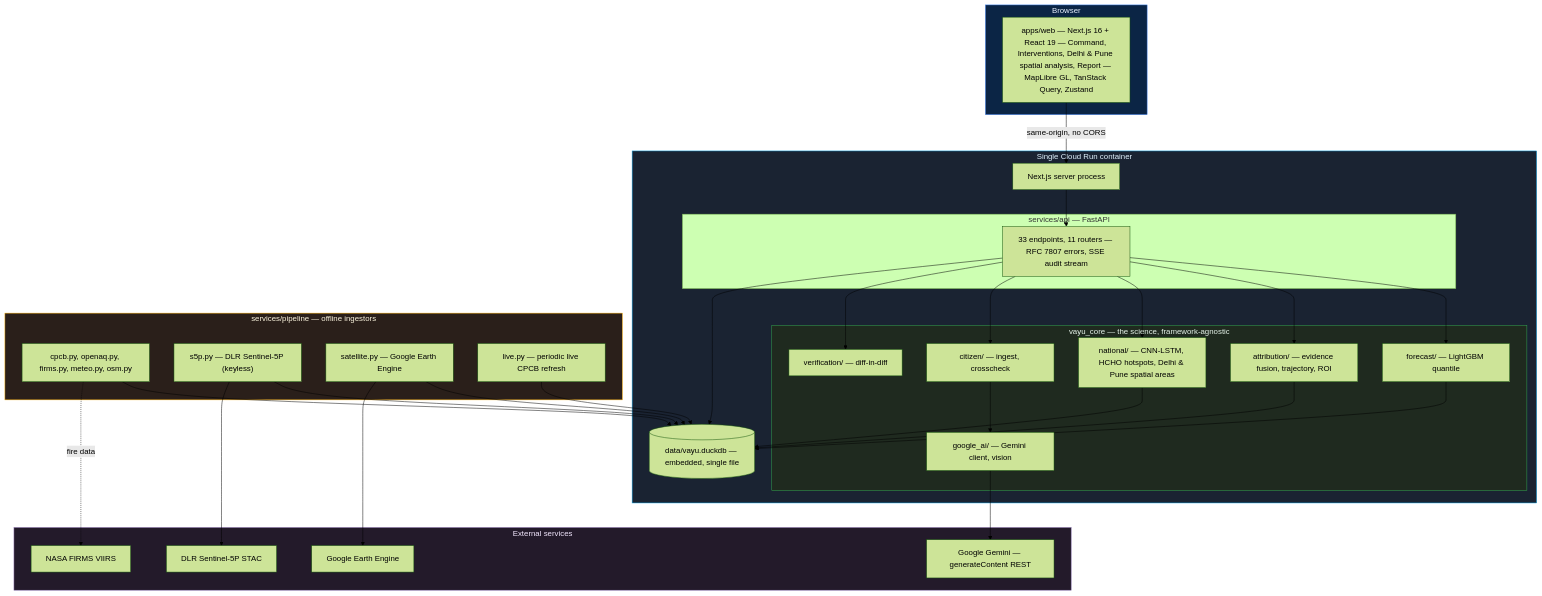
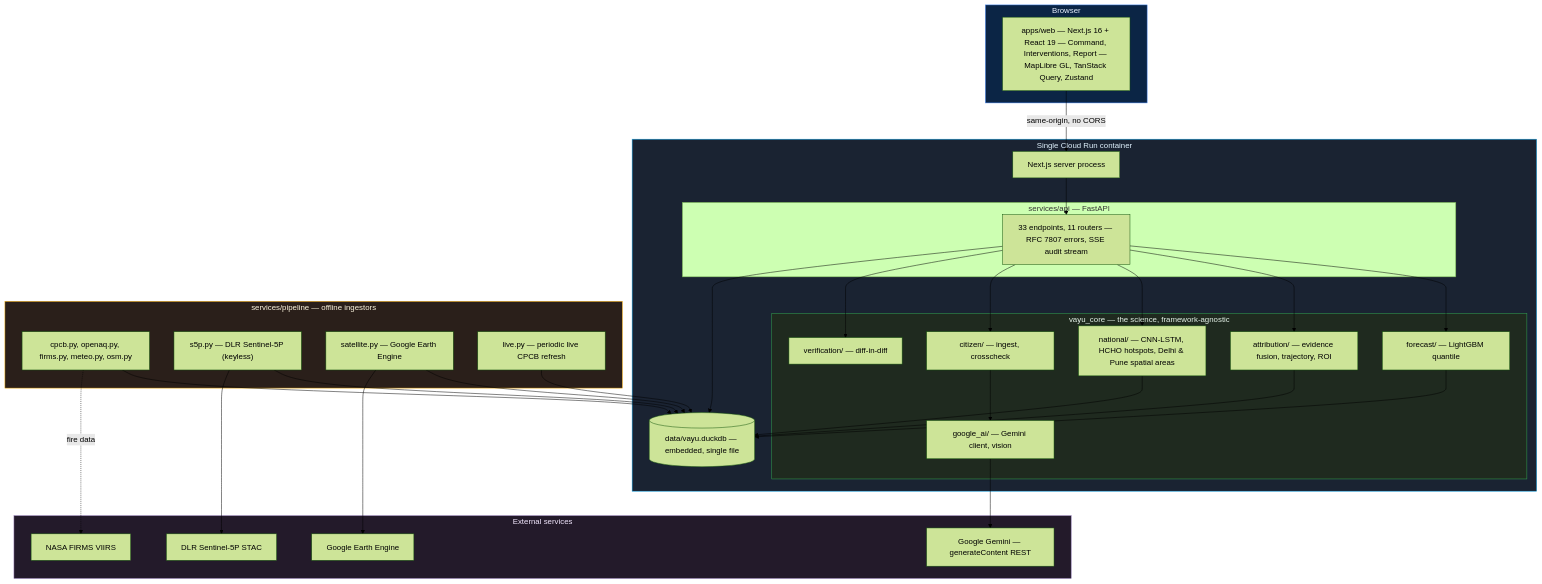
One commit to ashoka0402/final_year_project changed the second of 5 diagrams in README.md. Above: the diagram before and after it, drawn with Mermaid (forest theme). The commit also changed other lines of this file, not shown here.

````diff
--- a/README.md
+++ b/README.md
@@ -197,52 +189,52 @@
 ```mermaid
 flowchart TB
     subgraph client["Browser"]
-        WEB["apps/web — Next.js 16 + React 19 — Command, Interventions, Delhi & Pune spatial analysis, Report — MapLibre GL, TanStack Query, Zustand"]
+        WEB["apps/web — Next.js 16 + React 19 — Command, Interventions, Report — MapLibre GL, TanStack Query, Zustand"]
     end
 
     subgraph container["Single Cloud Run container"]
         NEXTPROC["Next.js server process"]
         subgraph api["services/api — FastAPI"]
             ROUTERS["33 endpoints, 11 routers — RFC 7807 errors, SSE audit stream"]
         end
         subgraph core["vayu_core — the science, framework-agnostic"]
             FC["forecast/ — LightGBM quantile"]
             ATTR["attribution/ — evidence fusion, trajectory, ROI"]
             NAT["national/ — CNN-LSTM, HCHO hotspots, Delhi & Pune spatial areas"]
             CIT["citizen/ — ingest, crosscheck"]
             GAI["google_ai/ — Gemini client, vision"]
             VER["verification/ — diff-in-diff"]
         end
         DB[("data/vayu.duckdb — embedded, single file")]
     end
 
     subgraph pipe["services/pipeline — offline ingestors"]
         CPCB["cpcb.py, openaq.py, firms.py, meteo.py, osm.py"]
         S5P["s5p.py — DLR Sentinel-5P (keyless)"]
         SAT["satellite.py — Google Earth Engine"]
         LIVE["live.py — periodic live CPCB refresh"]
     end
 
     subgraph ext["External services"]
         GEMINI["Google Gemini — generateContent REST"]
         GEEEXT["Google Earth Engine"]
         DLR["DLR Sentinel-5P STAC"]
         FIRMSX["NASA FIRMS VIIRS"]
     end
 
     WEB -->|"same-origin, no CORS"| NEXTPROC --> ROUTERS
     ROUTERS --> FC & ATTR & NAT & CIT & VER
     CIT --> GAI --> GEMINI
     FC & ATTR & NAT --> DB
     ROUTERS --> DB
     CPCB & S5P & SAT & LIVE --> DB
     SAT --> GEEEXT
     S5P --> DLR
     CPCB -.fire data.-> FIRMSX
 
     style client fill:#0b2545,stroke:#4285F4,color:#e8f0fe
     style container fill:#1a2332,stroke:#0ea5e9,color:#e0f2fe
     style core fill:#1f2a1f,stroke:#34A853,color:#e6f4ea
     style pipe fill:#2a1f1a,stroke:#F9AB00,color:#fef7e0
     style ext fill:#231a2a,stroke:#8E75B2,color:#f3e8ff
 ```
````
